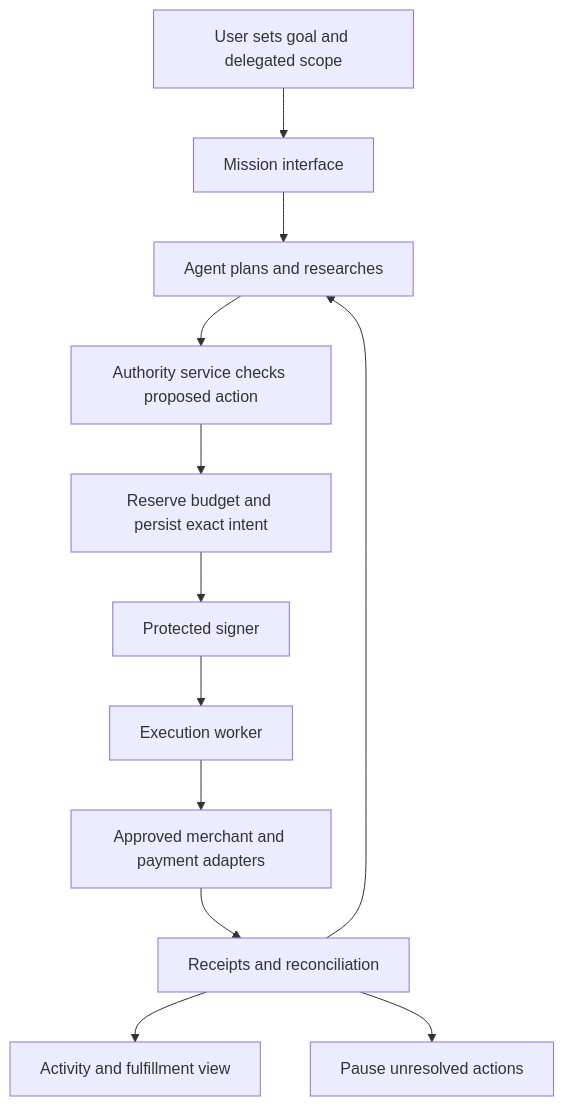
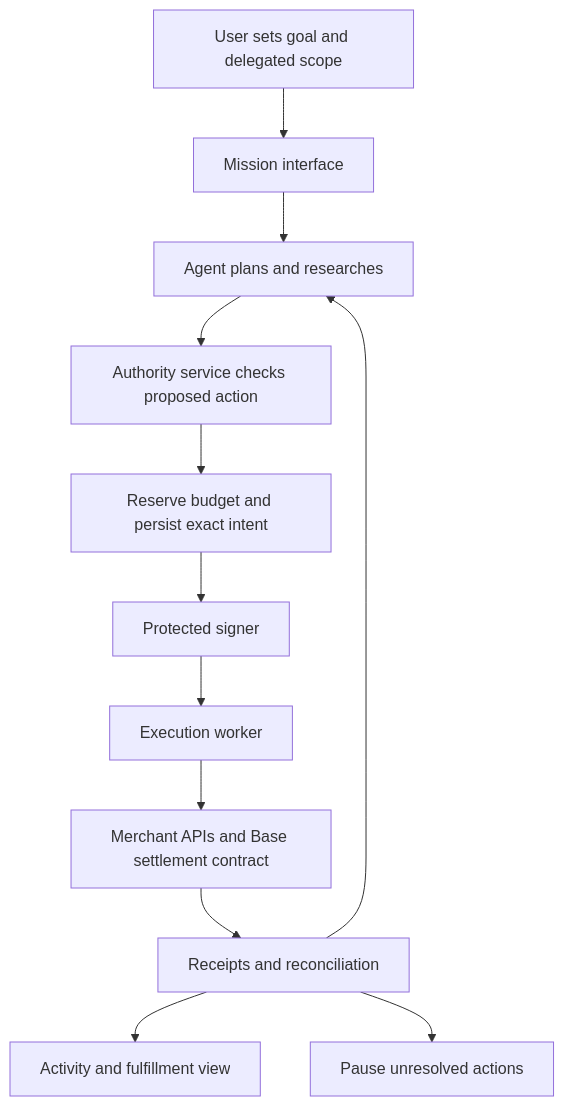
One commit to Frank-7/Belay changed the diagram in docs/AUTONOMOUS_APP_ARCHITECTURE.md. Above: the diagram before and after it, drawn with Mermaid. The commit also changed other lines of this file and 11 other files, not shown here.

Commit message:
Adopt USDC settlement architecture with bounded contract escrow

````diff
--- a/docs/AUTONOMOUS_APP_ARCHITECTURE.md
+++ b/docs/AUTONOMOUS_APP_ARCHITECTURE.md
@@ -26,14 +28,14 @@
 ```mermaid
 flowchart TD
     U[User sets goal and delegated scope] --> M[Mission interface]
     M --> P[Agent plans and researches]
     P --> A[Authority service checks proposed action]
     A --> B[Reserve budget and persist exact intent]
     B --> S[Protected signer]
     S --> E[Execution worker]
-    E --> C[Approved merchant and payment adapters]
+    E --> C[Merchant APIs and Base settlement contract]
     C --> R[Receipts and reconciliation]
     R --> V[Activity and fulfillment view]
     R --> P
     R --> X[Pause unresolved actions]
 ```
````
